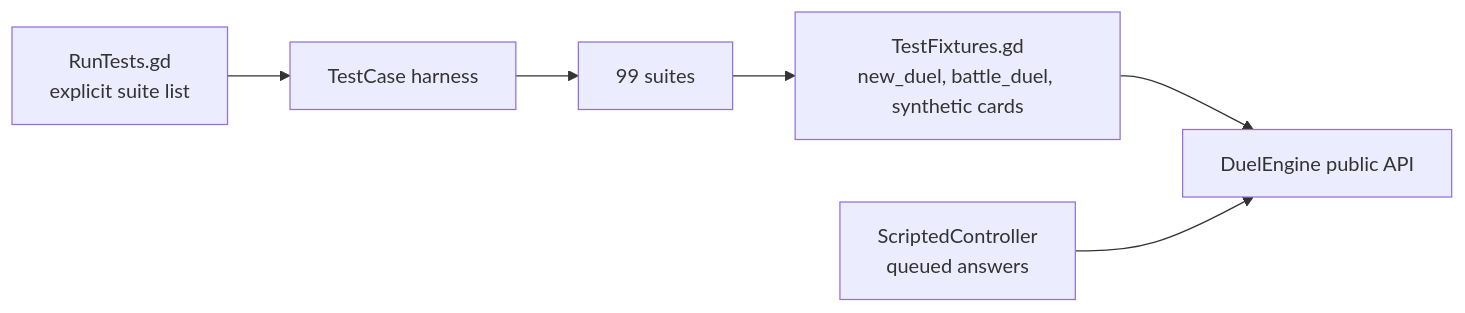
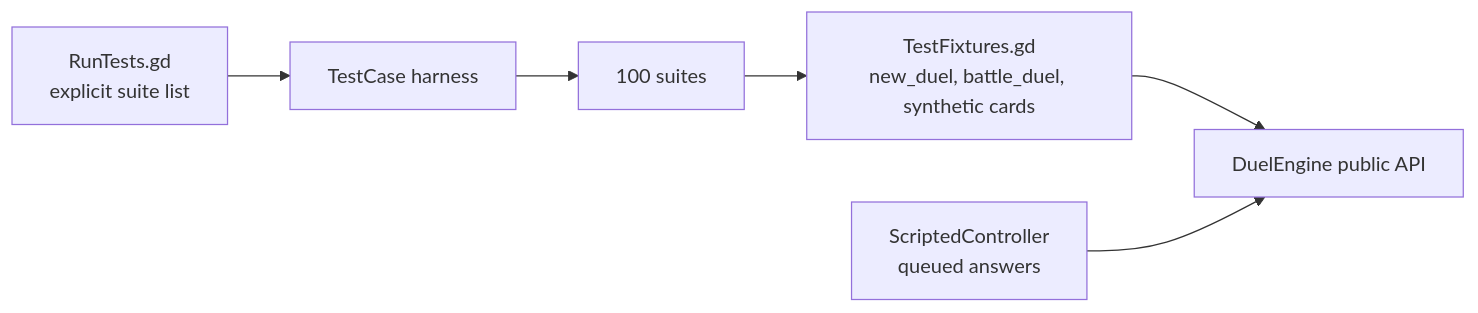
Before and after one commit to la3679/yu-gi-oh-duel-arena-godot: the fifth of 6 diagrams in docs/ARCHITECTURE.md, drawn with Mermaid. The commit also changed other lines of this file and 24 other files, not shown here.

````diff
--- a/docs/ARCHITECTURE.md
+++ b/docs/ARCHITECTURE.md
@@ -443,8 +444,8 @@
 ```mermaid
 flowchart LR
     RT["RunTests.gd<br/>explicit suite list"] --> TC["TestCase harness"]
-    TC --> SUITES["99 suites"]
+    TC --> SUITES["100 suites"]
     SUITES --> FIX["TestFixtures.gd<br/>new_duel, battle_duel, synthetic cards"]
     FIX --> API["DuelEngine public API"]
     SC["ScriptedController<br/>queued answers"] --> API
 ```
````
